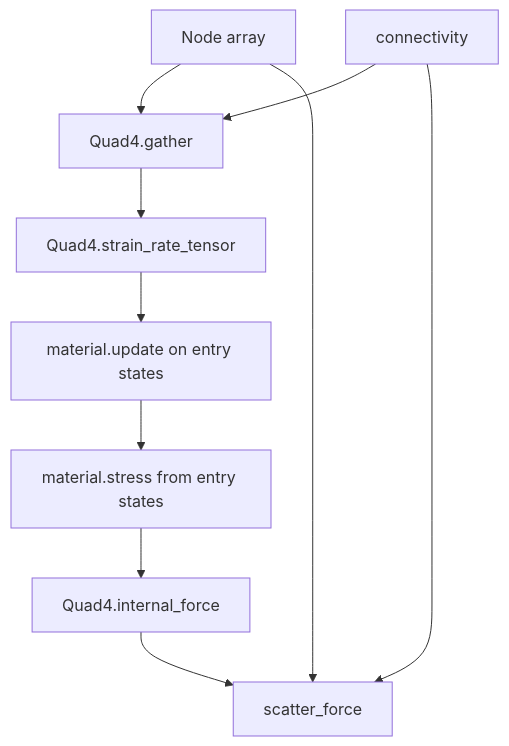
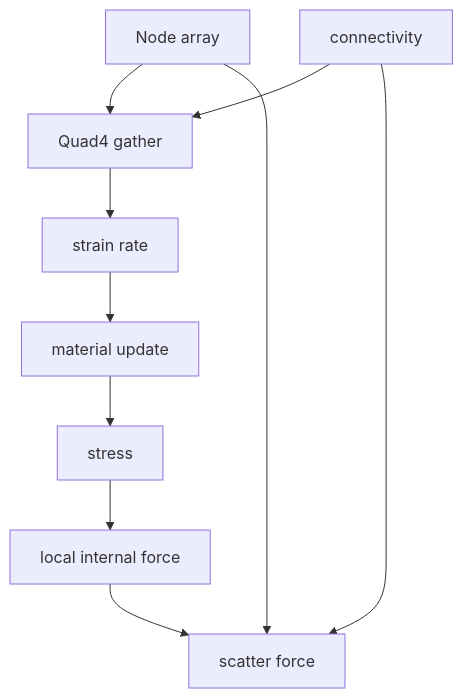
The third of 6 diagrams in architecture.md (NikBomb/WaveCore), drawn with Mermaid before and after one commit. The commit also changed other lines of this file, not shown here.

Commit message:
Update architecture review

````diff
--- a/architecture.md
+++ b/architecture.md
@@ -207,21 +198,20 @@
 ```mermaid
 flowchart TD
-    Nodes[Node array]
-    Connectivity[connectivity]
-    Gather[Quad4.gather]
-    Rate[Quad4.strain_rate_tensor]
-    Material[material.update on entry states]
-    Stress[material.stress from entry states]
-    Local[Quad4.internal_force]
-    Scatter[scatter_force]
-
+    Nodes["Node array"]
+    Connectivity["connectivity"]
+    Gather["Quad4 gather"]
+    Rate["strain rate"]
+    Material["material update"]
+    Stress["stress"]
+    Local["local internal force"]
+    Scatter["scatter force"]
     Nodes --> Gather
     Connectivity --> Gather
     Gather --> Rate
     Rate --> Material
     Material --> Stress
     Stress --> Local
     Local --> Scatter
     Connectivity --> Scatter
     Nodes --> Scatter
 ```
````
